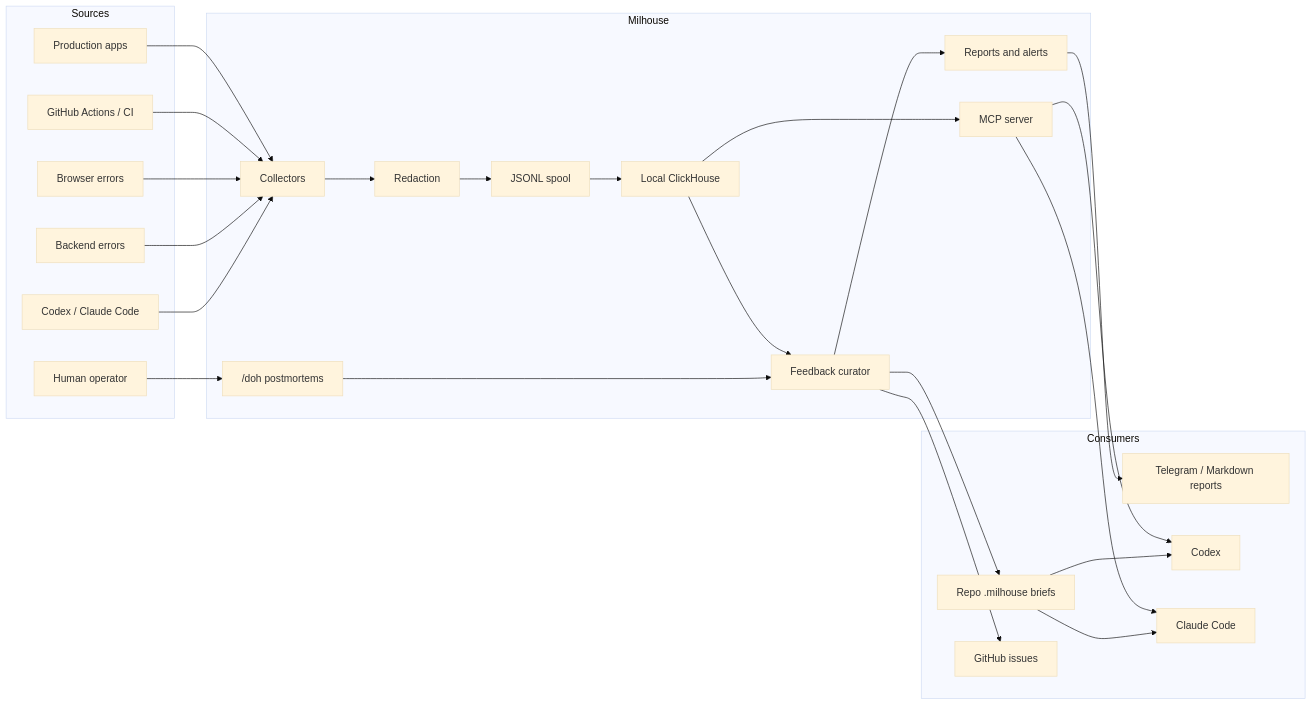
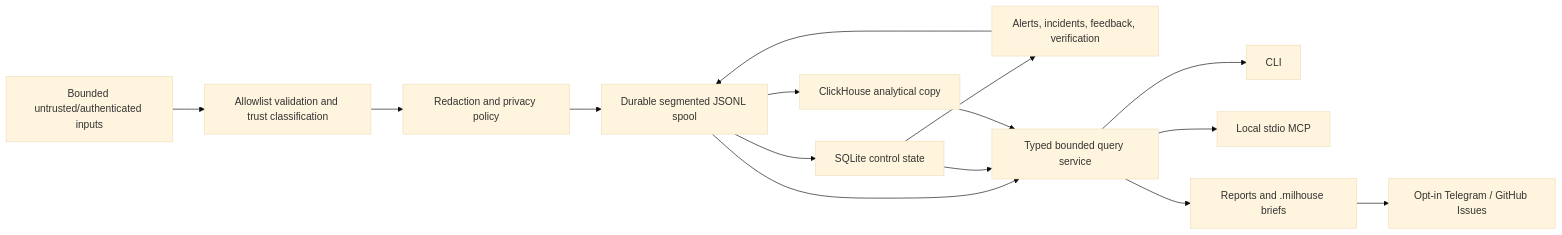
One commit to that1guy15/Milhouse-oss changed the diagram in docs/architecture.md. Above: the diagram before and after it, drawn with Mermaid (base theme). The commit also changed other lines of this file and 78 other files, not shown here.

````diff
--- a/docs/architecture.md
+++ b/docs/architecture.md
@@ -19,48 +9,17 @@
 ```mermaid
 flowchart LR
-  subgraph Sources
-    PROD["Production apps"]
-    CI["GitHub Actions / CI"]
-    BROWSER["Browser errors"]
-    BACKEND["Backend errors"]
-    AGENTS["Codex / Claude Code"]
-    OPERATOR["Human operator"]
-  end
-
-  subgraph Milhouse
-    COLLECT["Collectors"]
-    REDACT["Redaction"]
-    SPOOL["JSONL spool"]
-    STORE["Local ClickHouse"]
-    CURATE["Feedback curator"]
-    POST["/doh postmortems"]
-    REPORT["Reports and alerts"]
-    MCP["MCP server"]
-  end
-
-  subgraph Consumers
-    HUMAN["Telegram / Markdown reports"]
-    CODEX["Codex"]
-    CLAUDE["Claude Code"]
-    REPO["Repo .milhouse briefs"]
-    GH["GitHub issues"]
-  end
-
-  PROD --> COLLECT
-  CI --> COLLECT
-  BROWSER --> COLLECT
-  BACKEND --> COLLECT
-  AGENTS --> COLLECT
-  OPERATOR --> POST
-  COLLECT --> REDACT --> SPOOL --> STORE
-  STORE --> CURATE --> REPORT
-  STORE --> MCP
-  CURATE --> REPO
-  CURATE --> GH
-  POST --> CURATE
-  REPORT --> HUMAN
-  MCP --> CODEX
-  MCP --> CLAUDE
-  REPO --> CODEX
-  REPO --> CLAUDE
+  INPUT["Bounded untrusted/authenticated inputs"] --> VALIDATE["Allowlist validation and trust classification"]
+  VALIDATE --> REDACT["Redaction and privacy policy"]
+  REDACT --> SPOOL["Durable segmented JSONL spool"]
+  SPOOL --> STATE["SQLite control state"]
+  SPOOL --> CH["ClickHouse analytical copy"]
+  STATE --> DERIVE["Alerts, incidents, feedback, verification"]
+  DERIVE --> SPOOL
+  SPOOL --> QUERY["Typed bounded query service"]
+  STATE --> QUERY
+  CH --> QUERY
+  QUERY --> CLI["CLI"]
+  QUERY --> MCP["Local stdio MCP"]
+  QUERY --> REPORTS["Reports and .milhouse briefs"]
+  REPORTS --> OPTIONAL["Opt-in Telegram / GitHub Issues"]
 ```
````
